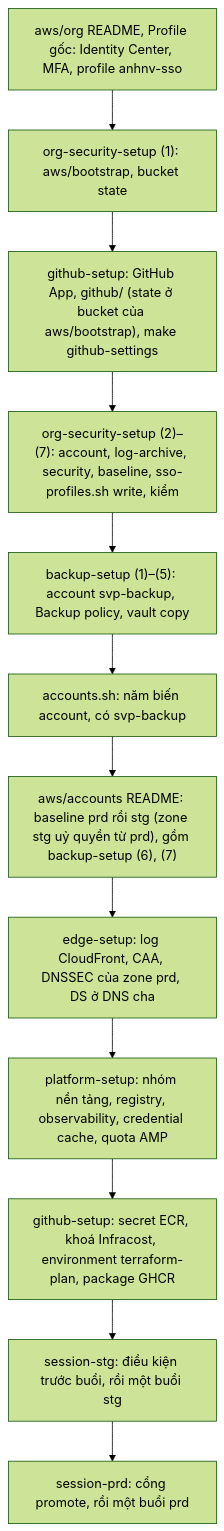
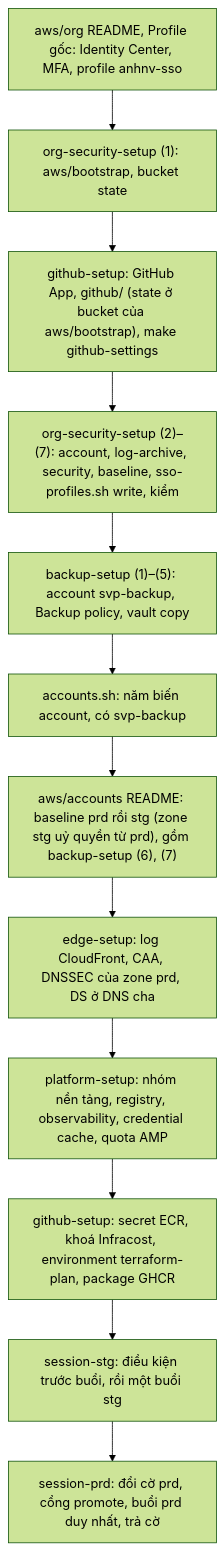
Before and after one commit to anhnvcoder/svp-infra: the diagram in docs/runbooks/README.md, drawn with Mermaid (forest theme). The commit also changed other lines of this file and 54 other files, not shown here.

````diff
--- a/docs/runbooks/README.md
+++ b/docs/runbooks/README.md
@@ -87,15 +87,15 @@
 ```mermaid
 flowchart TD
   A["aws/org README, Profile gốc: Identity Center, MFA, profile anhnv-sso"] --> B
   B["org-security-setup (1): aws/bootstrap, bucket state"] --> C
   C["github-setup: GitHub App, github/ (state ở bucket của aws/bootstrap), make github-settings"] --> D
   D["org-security-setup (2)–(7): account, log-archive, security, baseline, sso-profiles.sh write, kiểm"] --> I
   I["backup-setup (1)–(5): account svp-backup, Backup policy, vault copy"] --> E
   E["accounts.sh: năm biến account, có svp-backup"] --> F
   F["aws/accounts README: baseline prd rồi stg (zone stg uỷ quyền từ prd), gồm backup-setup (6), (7)"] --> G
   G["edge-setup: log CloudFront, CAA, DNSSEC của zone prd, DS ở DNS cha"] --> H
   H["platform-setup: nhóm nền tảng, registry, observability, credential cache, quota AMP"] --> J
   J["github-setup: secret ECR, khoá Infracost, environment terraform-plan, package GHCR"] --> K
   K["session-stg: điều kiện trước buổi, rồi một buổi stg"] --> L
-  L["session-prd: cổng promote, rồi một buổi prd"]
+  L["session-prd: đổi cờ prd, cổng promote, buổi prd duy nhất, trả cờ"]
 ```
````
